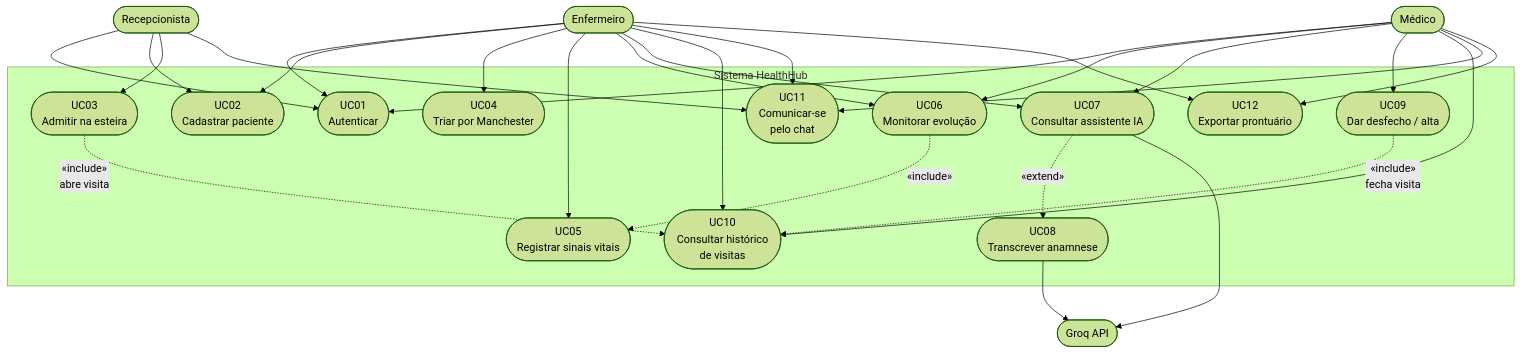
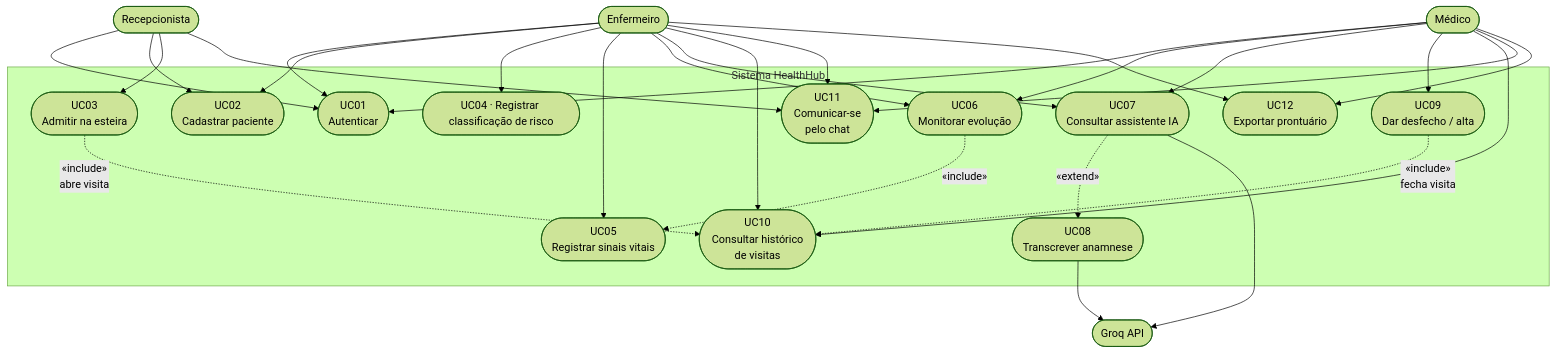
Before and after one commit to MikaelDiogo/HealthHub_Mono: the second of 31 diagrams in DOCUMENTO_ENGENHARIA_SOFTWARE.md, drawn with Mermaid (forest theme). The commit also changed other lines of this file and 63 other files, not shown here.

First line of the commit message:
refactor: migra a esteira de Manchester para classificação de risco (cores manuais, sem tempos-alvo)

````diff
--- a/DOCUMENTO_ENGENHARIA_SOFTWARE.md
+++ b/DOCUMENTO_ENGENHARIA_SOFTWARE.md
@@ -244,52 +244,52 @@
 ```mermaid
 flowchart TB
     REC(["Recepcionista"])
     ENF(["Enfermeiro"])
     MED(["Médico"])
     GROQ(["Groq API"])
 
     subgraph SYS["Sistema HealthHub"]
         UC01(["UC01<br/>Autenticar"])
         UC02(["UC02<br/>Cadastrar paciente"])
         UC03(["UC03<br/>Admitir na esteira"])
-        UC04(["UC04<br/>Triar por Manchester"])
+        UC04(["UC04 · Registrar classificação de risco"])
         UC05(["UC05<br/>Registrar sinais vitais"])
         UC06(["UC06<br/>Monitorar evolução"])
         UC07(["UC07<br/>Consultar assistente IA"])
         UC08(["UC08<br/>Transcrever anamnese"])
         UC09(["UC09<br/>Dar desfecho / alta"])
         UC10(["UC10<br/>Consultar histórico<br/>de visitas"])
         UC11(["UC11<br/>Comunicar-se<br/>pelo chat"])
         UC12(["UC12<br/>Exportar prontuário"])
     end
 
     REC --> UC01
     REC --> UC02
     REC --> UC03
     REC --> UC11
 
     ENF --> UC01
     ENF --> UC02
     ENF --> UC04
     ENF --> UC05
     ENF --> UC06
     ENF --> UC07
     ENF --> UC10
     ENF --> UC11
     ENF --> UC12
 
     MED --> UC01
     MED --> UC06
     MED --> UC07
     MED --> UC09
     MED --> UC10
     MED --> UC11
     MED --> UC12
 
     UC03 -.->|"«include»<br/>abre visita"| UC10
     UC09 -.->|"«include»<br/>fecha visita"| UC10
     UC07 -.->|"«extend»"| UC08
     UC07 --> GROQ
     UC08 --> GROQ
     UC06 -.->|"«include»"| UC05
 ```
````
